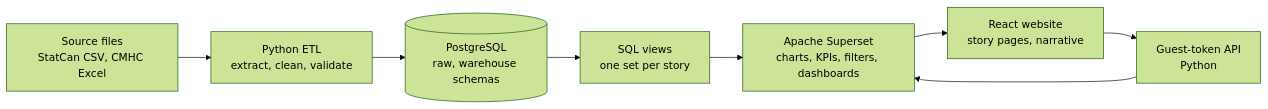
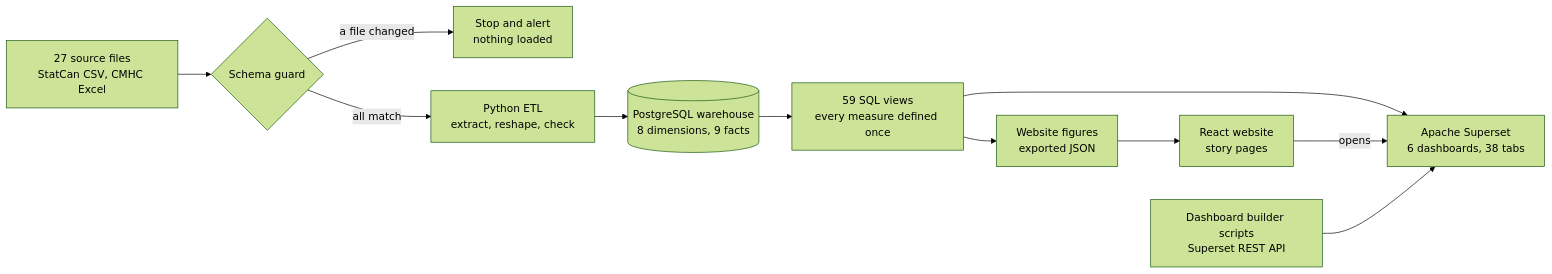
The first of 4 diagrams in docs/design_document.md (pateldhriti/visual-analytics-internship-project-2), drawn with Mermaid (forest theme) before and after one commit. The commit also changed other lines of this file, not shown here.

````diff
--- a/docs/design_document.md
+++ b/docs/design_document.md
@@ -74,10 +99,13 @@
 ```mermaid
 flowchart LR
-    A[Source files<br/>StatCan CSV, CMHC Excel] --> B[Python ETL<br/>extract, clean, validate]
-    B --> C[(PostgreSQL<br/>raw, warehouse schemas)]
-    C --> D[SQL views<br/>one set per story]
-    D --> E[Apache Superset<br/>charts, KPIs, filters, dashboards]
-    E --> F[React website<br/>story pages, narrative]
-    G[Guest-token API<br/>Python] --> E
-    F --> G
+    S[27 source files<br/>StatCan CSV, CMHC Excel] --> G{Schema guard}
+    G -- a file changed --> X[Stop and alert<br/>nothing loaded]
+    G -- all match --> E[Python ETL<br/>extract, reshape, check]
+    E --> W[(PostgreSQL warehouse<br/>8 dimensions, 9 facts)]
+    W --> V[59 SQL views<br/>every measure defined once]
+    V --> SS[Apache Superset<br/>6 dashboards, 38 tabs]
+    V --> F[Website figures<br/>exported JSON]
+    F --> R[React website<br/>story pages]
+    R -->|opens| SS
+    B[Dashboard builder scripts<br/>Superset REST API] --> SS
 ```
````
